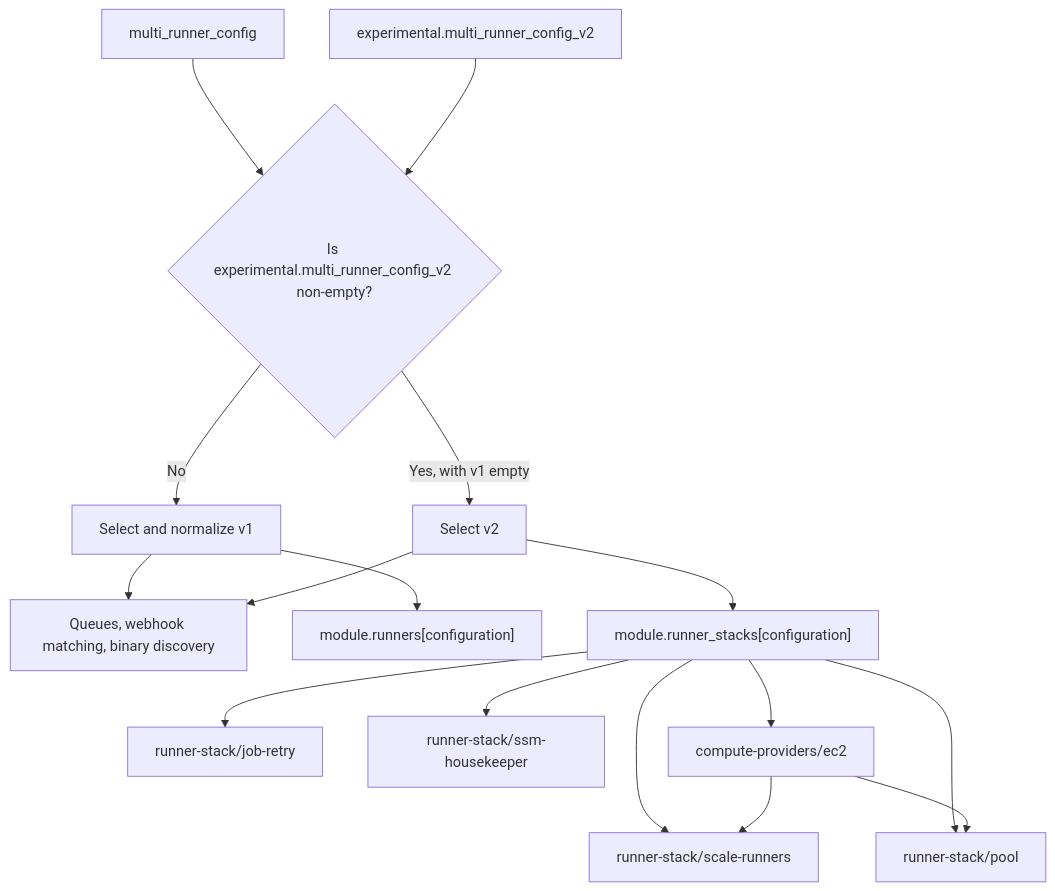
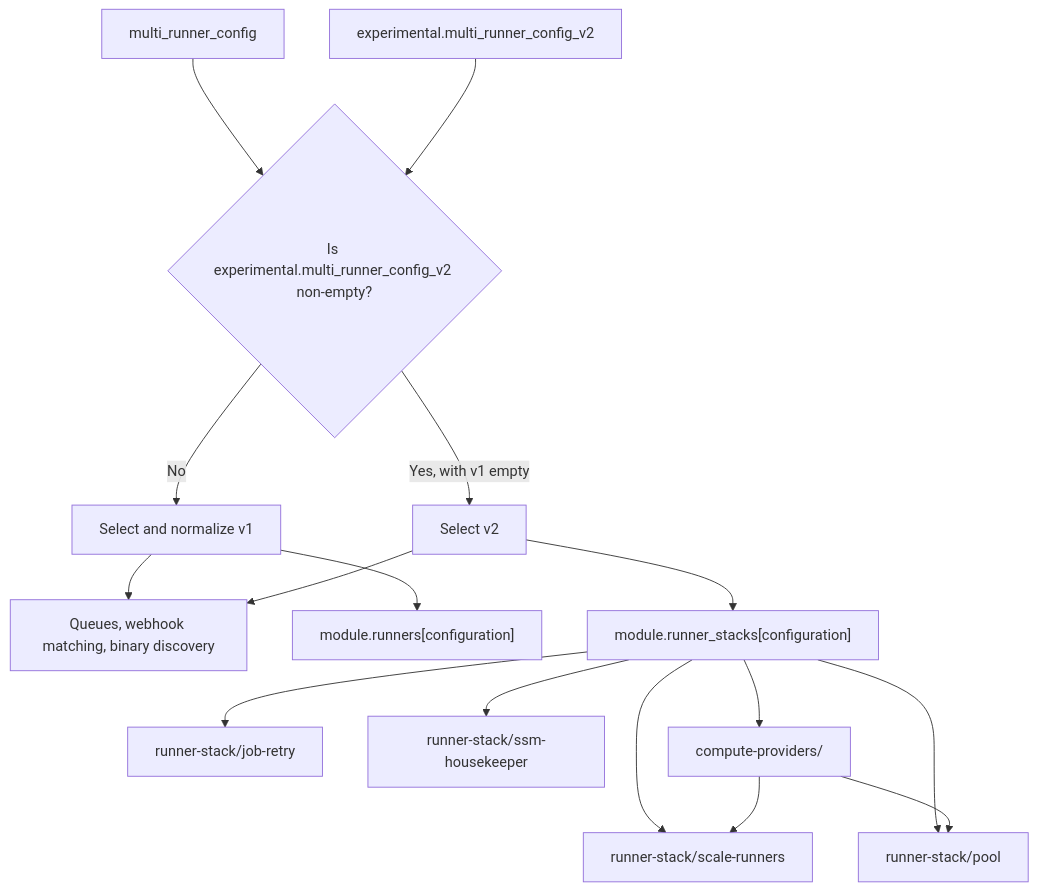
Before and after one commit to github-aws-runners/terraform-aws-github-runner: the diagram in docs/modules/internal/compute-provider-refactor.md, drawn with Mermaid. The commit also changed other lines of this file and 5 other files, not shown here.

````diff
--- a/docs/modules/internal/compute-provider-refactor.md
+++ b/docs/modules/internal/compute-provider-refactor.md
@@ -48,18 +48,18 @@
 ```mermaid
 flowchart TD
   Stable["multi_runner_config"] --> Select{"Is experimental.multi_runner_config_v2 non-empty?"}
   Experimental["experimental.multi_runner_config_v2"] --> Select
   Select -->|No| V1["Select and normalize v1"]
   Select -->|Yes, with v1 empty| V2["Select v2"]
   V1 --> Shared["Queues, webhook matching, binary discovery"]
   V2 --> Shared
   V1 --> Legacy["module.runners[configuration]"]
   V2 --> Stack["module.runner_stacks[configuration]"]
   Stack --> Scaling["runner-stack/scale-runners"]
   Stack --> Pool["runner-stack/pool"]
   Stack --> Retry["runner-stack/job-retry"]
   Stack --> Housekeeper["runner-stack/ssm-housekeeper"]
-  Stack --> Provider["compute-providers/ec2"]
+  Stack --> Provider["compute-providers/<provider>"]
   Provider --> Scaling
   Provider --> Pool
 ```
````
